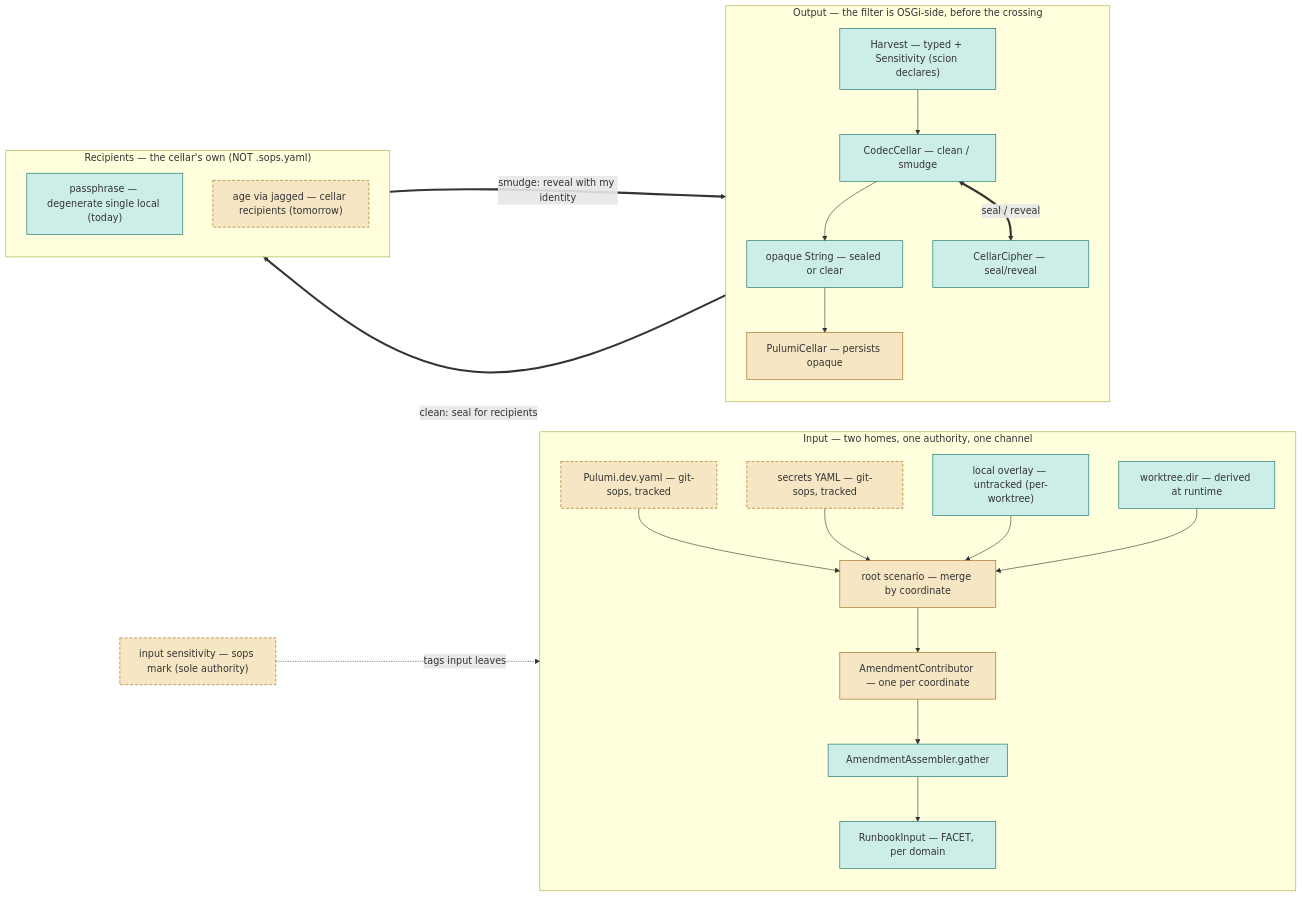
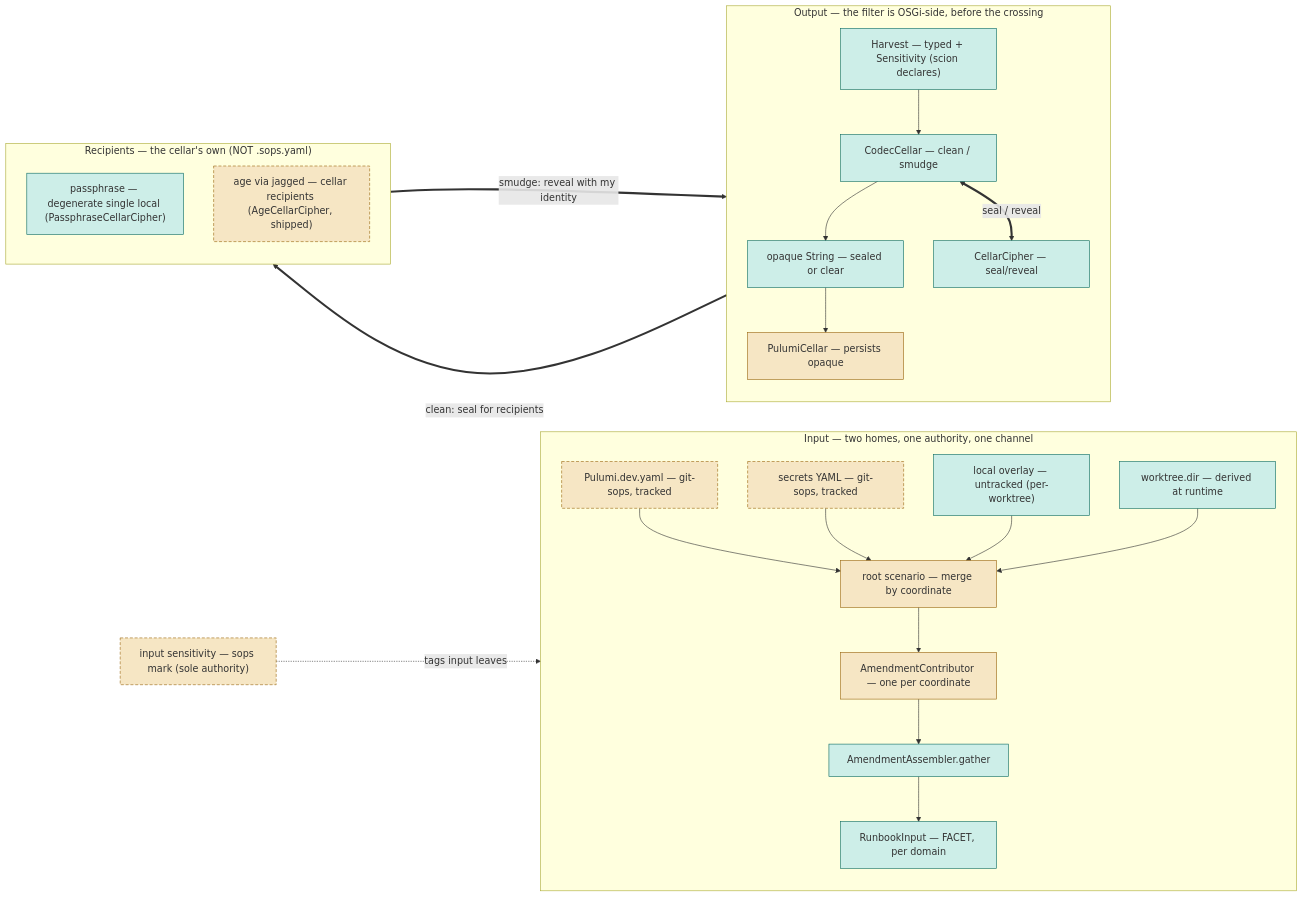
Before and after one commit to nxmatic/rke2lab: the third of 4 diagrams in docs/architecture/atlas/cellar-secrets.adoc, drawn with Mermaid. The commit also changed other lines of this file and 35 other files, not shown here.

```diff
--- a/docs/architecture/atlas/cellar-secrets.adoc
+++ b/docs/architecture/atlas/cellar-secrets.adoc
@@ -150,46 +155,46 @@
 [mermaid]
 ....
 flowchart LR
   subgraph IN["Input — two homes, one authority, one channel"]
     direction TB
     cfgf["Pulumi.dev.yaml — git-sops, tracked"]:::secret
     sec["secrets YAML — git-sops, tracked"]:::secret
     ovl["local overlay — untracked (per-worktree)"]:::plain
     wt["worktree.dir — derived at runtime"]:::plain
     root["root scenario — merge by coordinate"]:::host
     ctr["AmendmentContributor — one per coordinate"]:::host
     asmc["AmendmentAssembler.gather"]:::osgi
     rin["RunbookInput — FACET, per domain"]:::osgi
     cfgf --> root
     sec --> root
     ovl --> root
     wt --> root
     root --> ctr --> asmc --> rin
   end
   attr["input sensitivity — sops mark (sole authority)"]:::secret
   subgraph OUT["Output — the filter is OSGi-side, before the crossing"]
     direction TB
     harv["Harvest — typed + Sensitivity (scion declares)"]:::osgi
     ccx["CodecCellar — clean / smudge"]:::osgi
     cipher["CellarCipher — seal/reveal"]:::osgi
     ocx["opaque String — sealed or clear"]:::osgi
     pcx["PulumiCellar — persists opaque"]:::host
     harv --> ccx
     ccx --> ocx --> pcx
   end
   subgraph REC["Recipients — the cellar's own (NOT .sops.yaml)"]
     direction TB
-    pass["passphrase — degenerate single local (today)"]:::plain
-    age["age via jagged — cellar recipients (tomorrow)"]:::secret
+    pass["passphrase — degenerate single local (PassphraseCellarCipher)"]:::plain
+    age["age via jagged — cellar recipients (AgeCellarCipher, shipped)"]:::secret
   end
 
   attr -.->|"tags input leaves"| sec
   ccx <==>|"seal / reveal"| cipher
   cipher ==>|"clean: seal for recipients"| REC
   REC ==>|"smudge: reveal with my identity"| cipher
 
   classDef host fill:#f6e6c4,stroke:#9a6710;
   classDef osgi fill:#cdeee8,stroke:#0b6b62;
   classDef plain fill:#cdeee8,stroke:#0b6b62;
   classDef secret fill:#f6e6c4,stroke:#9a6710,stroke-dasharray:5 3;
 ....
```
